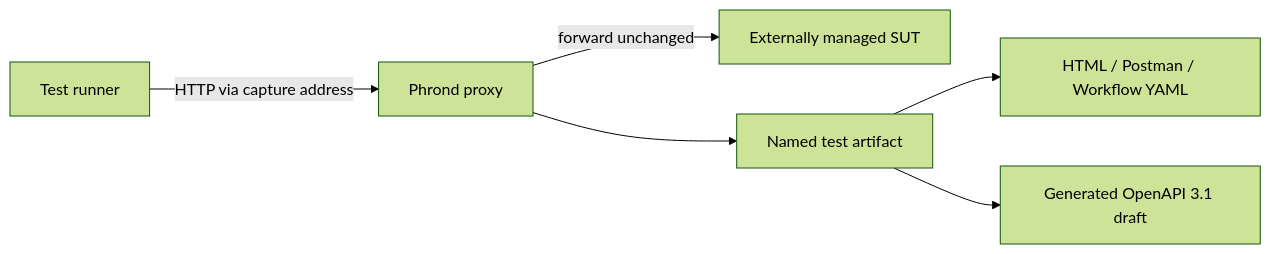
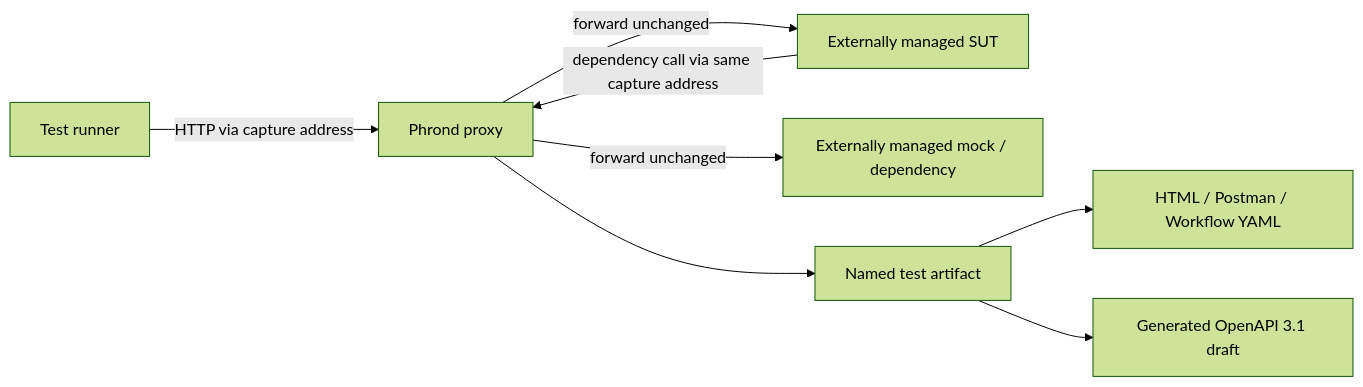
Before and after one commit to mattlock83/wiretap: the diagram in docs/testing-tool-requirements-and-design.md, drawn with Mermaid (forest theme). The commit also changed other lines of this file and 33 other files, not shown here.

Commit message:
feat: restore correlated external dependency capture

````diff
--- a/docs/testing-tool-requirements-and-design.md
+++ b/docs/testing-tool-requirements-and-design.md
@@ -21,8 +23,10 @@
 ```mermaid
 flowchart LR
   Test["Test runner"] -->|HTTP via capture address| Proxy["Phrond proxy"]
   Proxy -->|forward unchanged| SUT["Externally managed SUT"]
+  SUT -->|dependency call via same capture address| Proxy
+  Proxy -->|forward unchanged| Dependency["Externally managed mock / dependency"]
   Proxy --> Store["Named test artifact"]
   Store --> Reports["HTML / Postman / Workflow YAML"]
   Store --> Generated["Generated OpenAPI 3.1 draft"]
 ```
````
